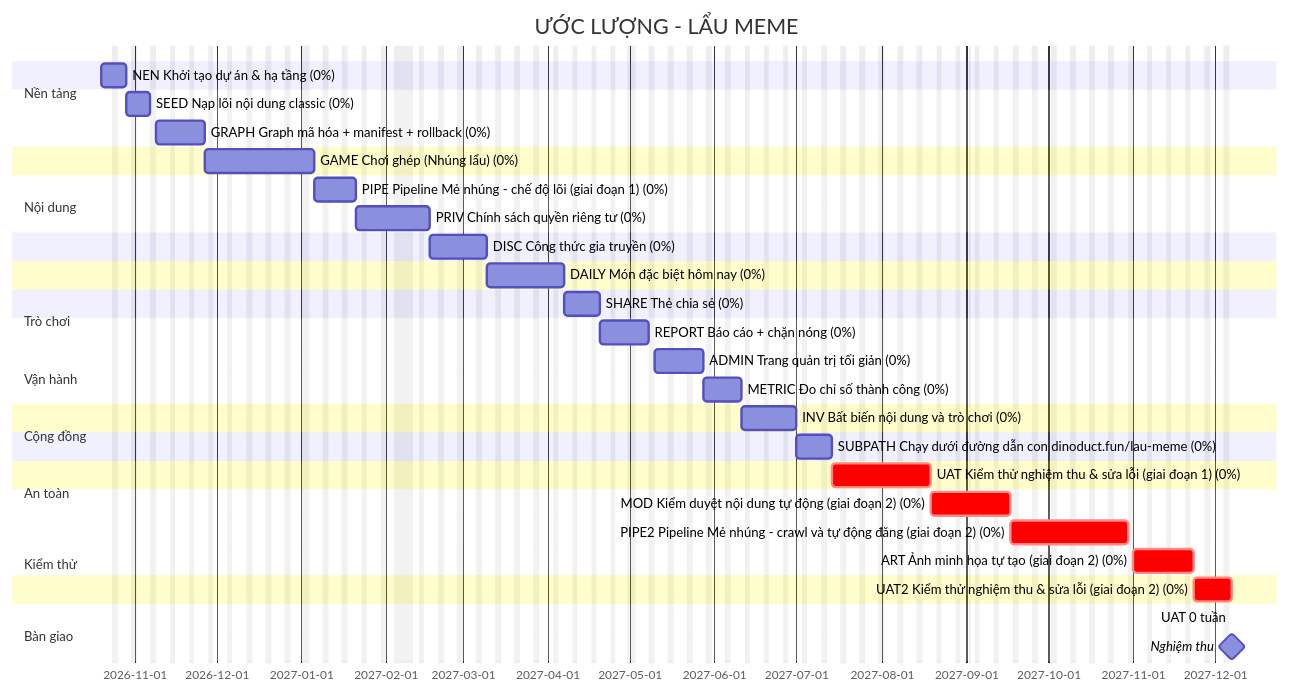
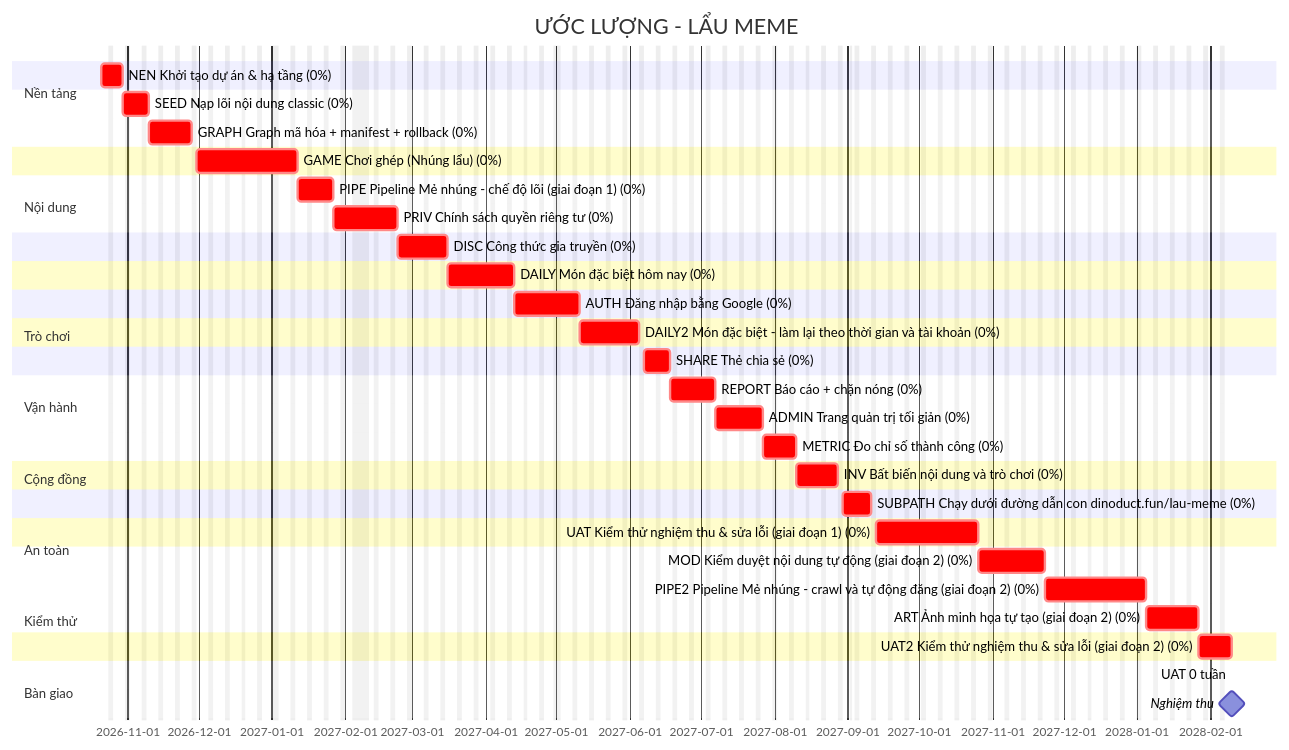
One commit to thucnq/lau-meme changed the diagram in docs/plan/gantt.md. Above: the diagram before and after it, drawn with Mermaid. The commit also changed other lines of this file and 4 other files, not shown here.

First line of the commit message:
estimate: thêm AUTH (8.5) và DAILY làm lại (8.5), GAME +1.5 cho AC-GAME-18, UAT giai đoạn 1 lên 14; ART đủ 8 AC; sinh lại kế hoạch

````diff
--- a/docs/plan/gantt.md
+++ b/docs/plan/gantt.md
@@ -5,44 +5,48 @@
 ```mermaid
 gantt
     title ƯỚC LƯỢNG - LẨU MEME
     dateFormat YYYY-MM-DD
     excludes weekends, 2027-01-01, 2027-02-04, 2027-02-05, 2027-02-06, 2027-02-07, 2027-02-08, 2027-02-09, 2027-02-10, 2027-04-30, 2027-05-01, 2027-09-02, 2028-01-01
     todayMarker stroke-width:2px,stroke:#d33
     section Nền tảng
-    NEN Khởi tạo dự án & hạ tầng (0%) :NEN, 2026-10-20, 7d
+    NEN Khởi tạo dự án & hạ tầng (0%) :crit, NEN, 2026-10-21, 7d
     section Nội dung
-    SEED Nạp lõi nội dung classic (0%) :SEED, 2026-10-29, 7d
-    GRAPH Graph mã hóa + manifest + rollback (0%) :GRAPH, 2026-11-09, 14d
+    SEED Nạp lõi nội dung classic (0%) :crit, SEED, 2026-10-30, 7d
+    GRAPH Graph mã hóa + manifest + rollback (0%) :crit, GRAPH, 2026-11-10, 14d
     section Trò chơi
-    GAME Chơi ghép (Nhúng lẩu) (0%) :GAME, 2026-11-27, 27d
+    GAME Chơi ghép (Nhúng lẩu) (0%) :crit, GAME, 2026-11-30, 30d
     section Nội dung
-    PIPE Pipeline Mẻ nhúng - chế độ lõi (giai đoạn 1) (0%) :PIPE, 2027-01-06, 11d
+    PIPE Pipeline Mẻ nhúng - chế độ lõi (giai đoạn 1) (0%) :crit, PIPE, 2027-01-12, 11d
     section Vận hành
-    PRIV Chính sách quyền riêng tư (0%) :PRIV, 2027-01-21, 14d
+    PRIV Chính sách quyền riêng tư (0%) :crit, PRIV, 2027-01-27, 14d
     section Cộng đồng
-    DISC Công thức gia truyền (0%) :DISC, 2027-02-17, 15d
+    DISC Công thức gia truyền (0%) :crit, DISC, 2027-02-23, 15d
     section Trò chơi
-    DAILY Món đặc biệt hôm nay (0%) :DAILY, 2027-03-10, 20d
+    DAILY Món đặc biệt hôm nay (0%) :crit, DAILY, 2027-03-16, 20d
     section Cộng đồng
-    SHARE Thẻ chia sẻ (0%) :SHARE, 2027-04-07, 9d
+    AUTH Đăng nhập bằng Google (0%) :crit, AUTH, 2027-04-13, 19d
+    section Trò chơi
+    DAILY2 Món đặc biệt - làm lại theo thời gian và tài khoản (0%) :crit, DAILY2, 2027-05-11, 19d
+    section Cộng đồng
+    SHARE Thẻ chia sẻ (0%) :crit, SHARE, 2027-06-07, 9d
     section An toàn
-    REPORT Báo cáo + chặn nóng (0%) :REPORT, 2027-04-20, 13d
-    ADMIN Trang quản trị tối giản (0%) :ADMIN, 2027-05-10, 14d
+    REPORT Báo cáo + chặn nóng (0%) :crit, REPORT, 2027-06-18, 13d
+    ADMIN Trang quản trị tối giản (0%) :crit, ADMIN, 2027-07-07, 14d
     section Vận hành
-    METRIC Đo chỉ số thành công (0%) :METRIC, 2027-05-28, 10d
+    METRIC Đo chỉ số thành công (0%) :crit, METRIC, 2027-07-27, 10d
     section Kiểm thử
-    INV Bất biến nội dung và trò chơi (0%) :INV, 2027-06-11, 14d
+    INV Bất biến nội dung và trò chơi (0%) :crit, INV, 2027-08-10, 14d
     section Nền tảng
-    SUBPATH Chạy dưới đường dẫn con dinoduct.fun/lau-meme (0%) :SUBPATH, 2027-07-01, 9d
+    SUBPATH Chạy dưới đường dẫn con dinoduct.fun/lau-meme (0%) :crit, SUBPATH, 2027-08-30, 9d
     section Kiểm thử
-    UAT Kiểm thử nghiệm thu & sửa lỗi (giai đoạn 1) (0%) :crit, UAT, 2027-07-14, 26d
+    UAT Kiểm thử nghiệm thu & sửa lỗi (giai đoạn 1) (0%) :crit, UAT, 2027-09-13, 31d
     section Nội dung
-    MOD Kiểm duyệt nội dung tự động (giai đoạn 2) (0%) :crit, MOD, 2027-08-19, 20d
-    PIPE2 Pipeline Mẻ nhúng - crawl và tự động đăng (giai đoạn 2) (0%) :crit, PIPE2, 2027-09-17, 31d
-    ART Ảnh minh họa tự tạo (giai đoạn 2) (0%) :crit, ART, 2027-11-01, 16d
+    MOD Kiểm duyệt nội dung tự động (giai đoạn 2) (0%) :crit, MOD, 2027-10-26, 20d
+    PIPE2 Pipeline Mẻ nhúng - crawl và tự động đăng (giai đoạn 2) (0%) :crit, PIPE2, 2027-11-23, 31d
+    ART Ảnh minh họa tự tạo (giai đoạn 2) (0%) :crit, ART, 2028-01-05, 16d
     section Kiểm thử
-    UAT2 Kiểm thử nghiệm thu & sửa lỗi (giai đoạn 2) (0%) :crit, UAT2, 2027-11-23, 10d
+    UAT2 Kiểm thử nghiệm thu & sửa lỗi (giai đoạn 2) (0%) :crit, UAT2, 2028-01-27, 10d
     section Bàn giao
-    UAT 0 tuần :uat, 2027-12-07, 0d
-    Nghiệm thu :milestone, 2027-12-07, 0d
+    UAT 0 tuần :uat, 2028-02-10, 0d
+    Nghiệm thu :milestone, 2028-02-10, 0d
 ```
````
